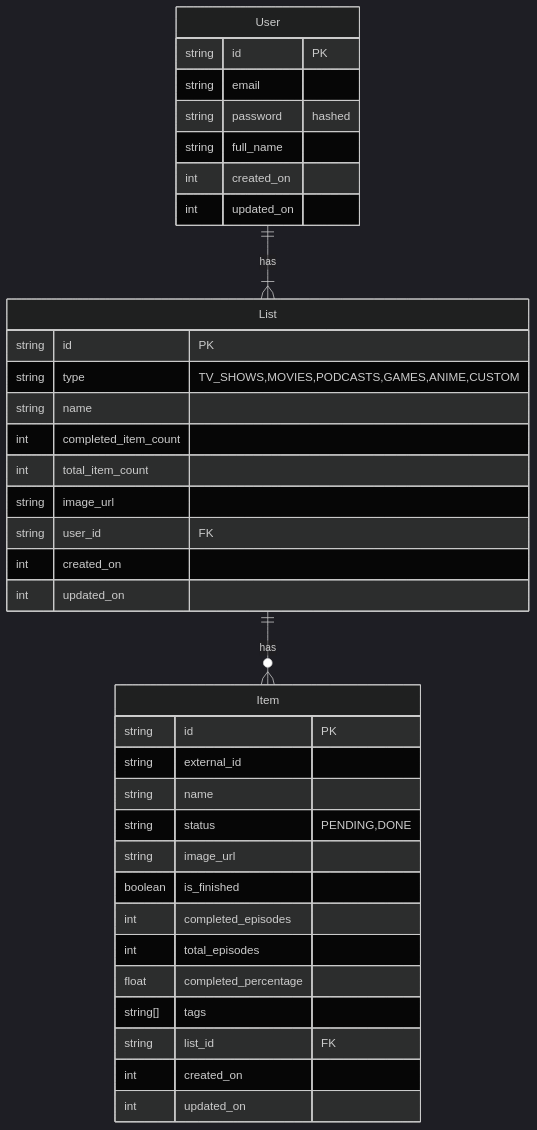
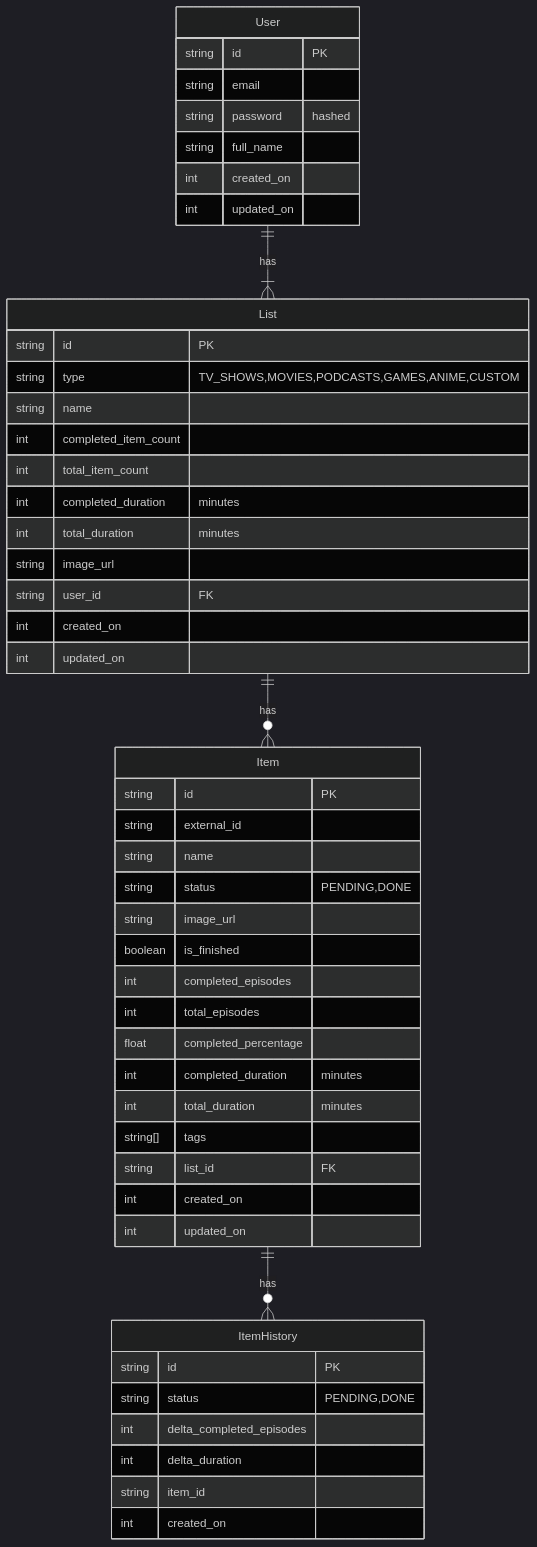
Before and after one commit to pratap011/Donezo: the diagram in README.md, drawn with Mermaid (dark theme). The commit also changed other lines of this file, not shown here.

Commit message:
mermaid diagram

````diff
--- a/README.md
+++ b/README.md
@@ -9,42 +3,56 @@
 ```mermaid
 erDiagram
     User {
         string id "PK"
         string email
         string password "hashed"
         string full_name
         int created_on
         int updated_on
     }
 
     List {
         string id "PK"
         string type "TV_SHOWS,MOVIES,PODCASTS,GAMES,ANIME,CUSTOM"
         string name
         int completed_item_count
         int total_item_count
+        int completed_duration "minutes"
+        int total_duration "minutes"
         string image_url
         string user_id "FK"
         int created_on
         int updated_on
     }
 
     Item {
         string id "PK"
         string external_id
         string name
         string status "PENDING,DONE"
         string image_url
         boolean is_finished
         int completed_episodes
         int total_episodes
         float completed_percentage
+        int completed_duration "minutes"
+        int total_duration "minutes"
         string[] tags
         string list_id "FK"
         int created_on
         int updated_on
     }
 
+    ItemHistory {
+        string id "PK"
+        string status "PENDING,DONE"
+        int delta_completed_episodes
+        int delta_duration
+        string item_id
+        int created_on
+    }
+
     User ||--|{ List : has
     List ||--o{ Item : has
+    Item ||--o{ ItemHistory : has
 ```
````
